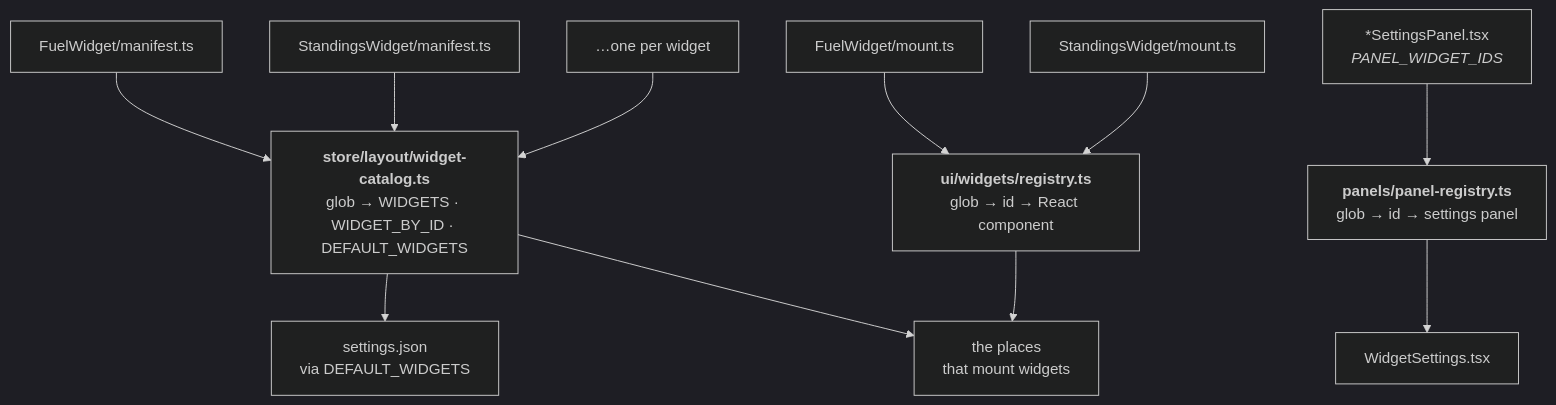
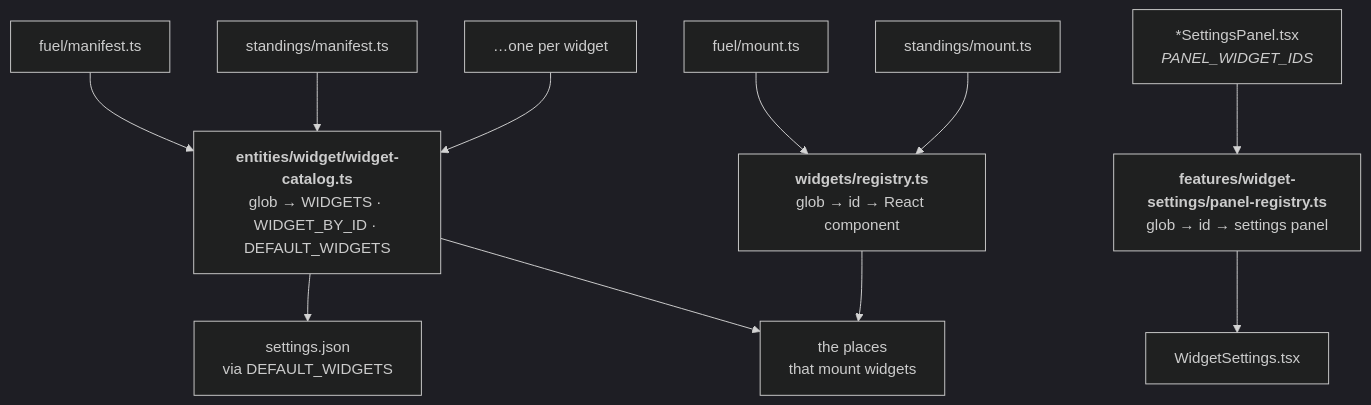
One commit to mvoof/Marble-Trace changed diagram 12 of 22 in docs/architecture.md. Above: the diagram before and after it, drawn with Mermaid (dark theme). The commit also changed other lines of this file and 1582 other files, not shown here.

````diff
--- a/docs/architecture.md
+++ b/docs/architecture.md
@@ -1020,23 +1076,23 @@
 ```mermaid
 flowchart TB
-    M1["FuelWidget/manifest.ts"]
-    M2["StandingsWidget/manifest.ts"]
+    M1["fuel/manifest.ts"]
+    M2["standings/manifest.ts"]
     M3["…one per widget"]
-    MT1["FuelWidget/mount.ts"]
-    MT2["StandingsWidget/mount.ts"]
+    MT1["fuel/mount.ts"]
+    MT2["standings/mount.ts"]
     P["*SettingsPanel.tsx<br/><i>PANEL_WIDGET_IDS</i>"]
-    CAT["<b>store/layout/widget-catalog.ts</b><br/>glob → WIDGETS · WIDGET_BY_ID · DEFAULT_WIDGETS"]
-    REG["<b>ui/widgets/registry.ts</b><br/>glob → id → React component"]
-    PREG["<b>panels/panel-registry.ts</b><br/>glob → id → settings panel"]
+    CAT["<b>entities/widget/widget-catalog.ts</b><br/>glob → WIDGETS · WIDGET_BY_ID · DEFAULT_WIDGETS"]
+    REG["<b>widgets/registry.ts</b><br/>glob → id → React component"]
+    PREG["<b>features/widget-settings/panel-registry.ts</b><br/>glob → id → settings panel"]
     MOUNT["the places<br/>that mount widgets"]
     WS["WidgetSettings.tsx"]
     SETTINGS["settings.json<br/>via DEFAULT_WIDGETS"]
 
     M1 & M2 & M3 --> CAT
     MT1 & MT2 --> REG
     P --> PREG
     CAT --> SETTINGS
     CAT --> MOUNT
     REG --> MOUNT
     PREG --> WS
 ```
````
